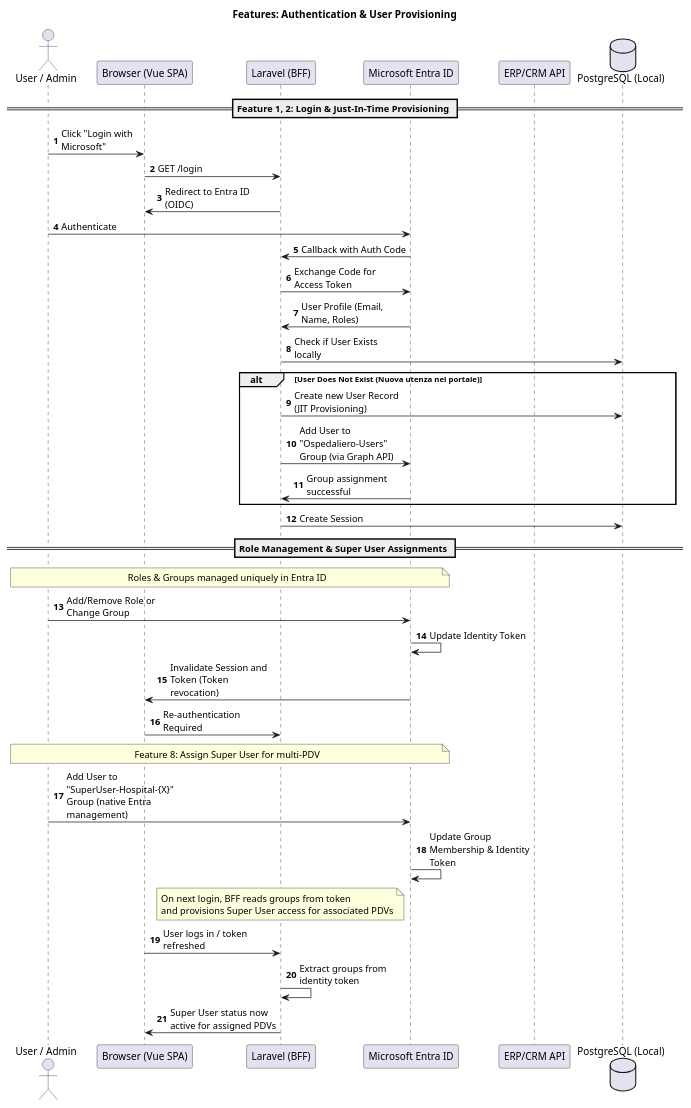
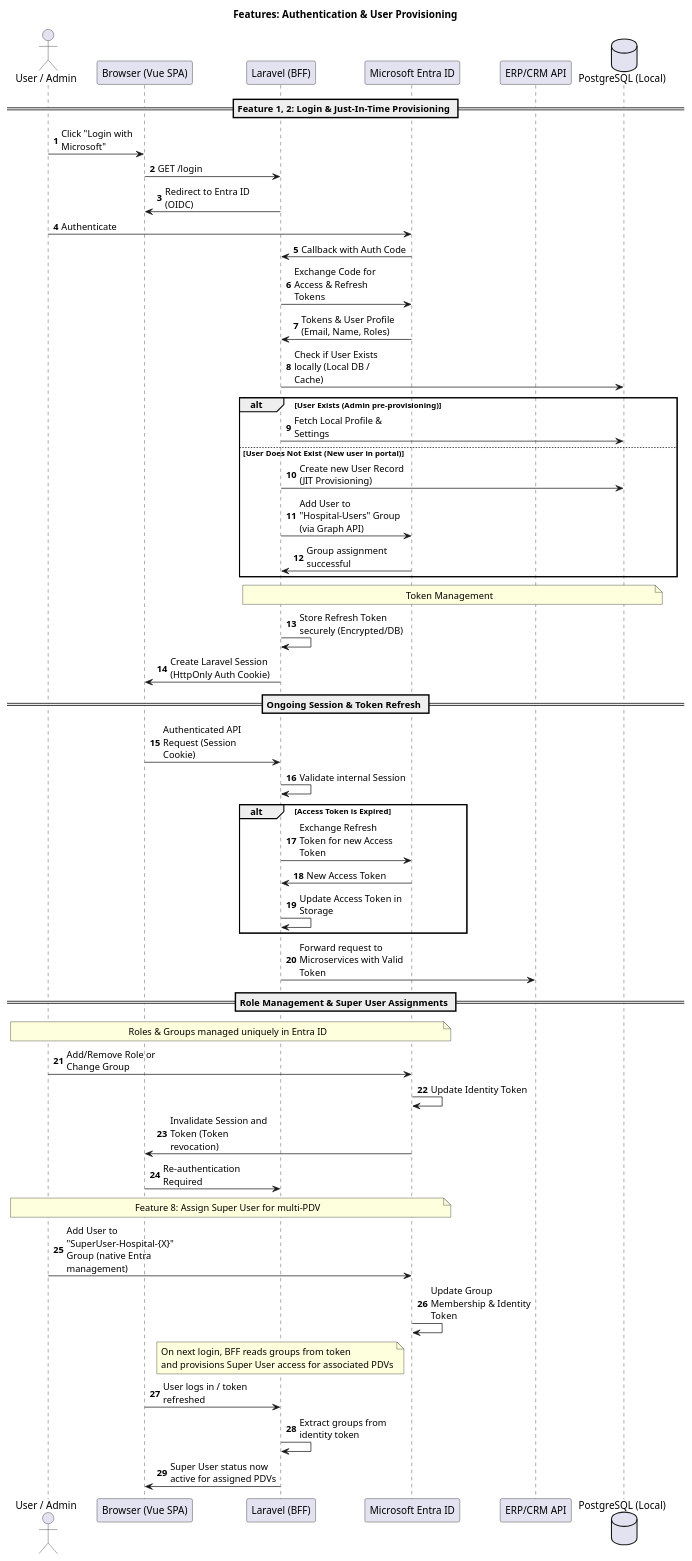
Before and after one commit to gant85/ospedaliero-design: the diagram in docs/diagrams/sequence-feat-login-users.puml, drawn with PlantUML. The commit also changed 14 other files, not shown here.

```diff
--- a/docs/diagrams/sequence-feat-login-users.puml
+++ b/docs/diagrams/sequence-feat-login-users.puml
@@ -1,47 +1,63 @@
 @startuml
 title Features: Authentication & User Provisioning
 skinparam maxMessageSize 150
 autonumber
 
 actor "User / Admin" as User
 participant "Browser (Vue SPA)" as Browser
 participant "Laravel (BFF)" as BFF
 participant "Microsoft Entra ID" as EntraID
 participant "ERP/CRM API" as API
 database "PostgreSQL (Local)" as DB
 
 == Feature 1, 2: Login & Just-In-Time Provisioning ==
 
 User -> Browser: Click "Login with Microsoft"
 Browser -> BFF: GET /login
 BFF -> Browser: Redirect to Entra ID (OIDC)
 User -> EntraID: Authenticate
 EntraID -> BFF: Callback with Auth Code
-BFF -> EntraID: Exchange Code for Access Token
-EntraID -> BFF: User Profile (Email, Name, Roles)
+BFF -> EntraID: Exchange Code for Access & Refresh Tokens
+EntraID -> BFF: Tokens & User Profile (Email, Name, Roles)
 
-BFF -> DB: Check if User Exists locally
-alt User Does Not Exist (Nuova utenza nel portale)
+BFF -> DB: Check if User Exists locally (Local DB / Cache)
+alt User Exists (Admin pre-provisioning)
+    BFF -> DB: Fetch Local Profile & Settings
+else User Does Not Exist (New user in portal)
     BFF -> DB: Create new User Record (JIT Provisioning)
-    BFF -> EntraID: Add User to "Ospedaliero-Users" Group (via Graph API)
+    BFF -> EntraID: Add User to "Hospital-Users" Group (via Graph API)
     EntraID -> BFF: Group assignment successful
 end
-BFF -> DB: Create Session
+
+note over BFF, DB: Token Management
+BFF -> BFF: Store Refresh Token securely (Encrypted/DB)
+BFF -> Browser: Create Laravel Session (HttpOnly Auth Cookie)
+
+== Ongoing Session & Token Refresh ==
+
+Browser -> BFF: Authenticated API Request (Session Cookie)
+BFF -> BFF: Validate internal Session
+alt Access Token is Expired
+    BFF -> EntraID: Exchange Refresh Token for new Access Token
+    EntraID -> BFF: New Access Token
+    BFF -> BFF: Update Access Token in Storage
+end
+BFF -> API: Forward request to Microservices with Valid Token
 
 == Role Management & Super User Assignments ==
 
 note over User, EntraID: Roles & Groups managed uniquely in Entra ID
 User -> EntraID: Add/Remove Role or Change Group
 EntraID -> EntraID: Update Identity Token
 EntraID -> Browser: Invalidate Session and Token (Token revocation)
 Browser -> BFF: Re-authentication Required
 
 note over User, EntraID: Feature 8: Assign Super User for multi-PDV
 User -> EntraID: Add User to "SuperUser-Hospital-{X}" Group (native Entra management)
 EntraID -> EntraID: Update Group Membership & Identity Token
 note over BFF: On next login, BFF reads groups from token\nand provisions Super User access for associated PDVs
 Browser -> BFF: User logs in / token refreshed
 BFF -> BFF: Extract groups from identity token
 BFF -> Browser: Super User status now active for assigned PDVs
 
 @enduml
```
